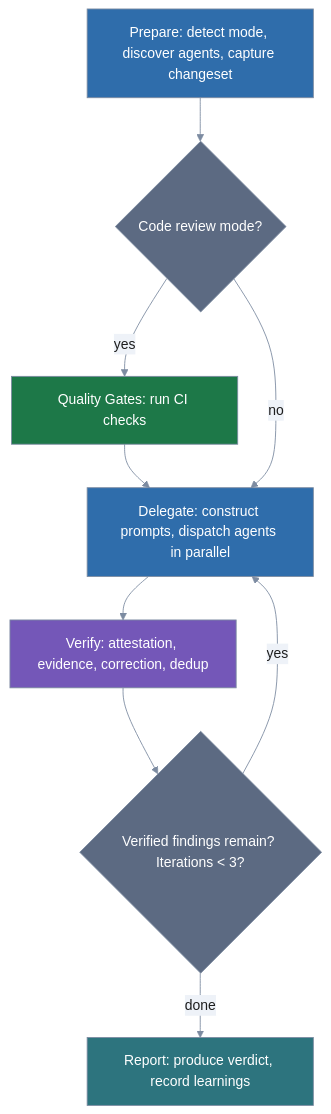
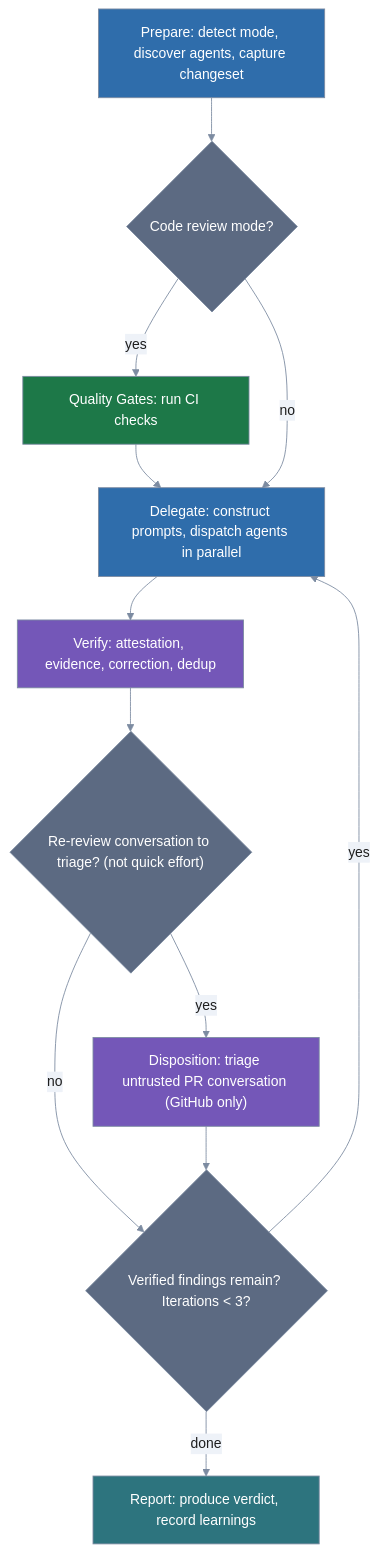
One commit to lolables/lola-mod-review-council changed the diagram in README.md. Above: the diagram before and after it, drawn with Mermaid. The commit also changed other lines of this file and 106 other files, not shown here.

````diff
--- a/README.md
+++ b/README.md
@@ -181,46 +208,51 @@
 ```mermaid
 %%{init: {'theme': 'base', 'themeVariables': {
   'primaryColor': '#2f6dab',
   'primaryTextColor': '#1e1e1e',
   'primaryBorderColor': '#7c8ba1',
   'lineColor': '#7c8ba1',
   'edgeLabelBackground': '#eef2f8',
   'tertiaryColor': 'transparent',
   'tertiaryTextColor': '#7c8ba1',
   'tertiaryBorderColor': '#7c8ba1',
   'clusterBkg': 'transparent',
   'clusterBorder': '#7c8ba1',
   'titleColor': '#7c8ba1',
   'noteBkgColor': '#eef2f8',
   'noteTextColor': '#1e1e1e',
   'fontFamily': 'system-ui, sans-serif'
 }, 'themeCSS': '.node .nodeLabel{color:#ffffff!important;fill:#ffffff!important;}'}}%%
 flowchart TD
   prep["Prepare: detect mode, discover agents, capture changeset"]
   qg{"Code review mode?"}
   qgrun["Quality Gates: run CI checks"]
   del["Delegate: construct prompts, dispatch agents in parallel"]
   ver["Verify: attestation, evidence, correction, dedup"]
+  dispgate{"Re-review conversation to triage? (not quick effort)"}
+  disp["Disposition: triage untrusted PR conversation (GitHub only)"]
   iter{"Verified findings remain? Iterations < 3?"}
   report["Report: produce verdict, record learnings"]
 
   prep --> qg
   qg -->|yes| qgrun
   qgrun --> del
   qg -->|no| del
   del --> ver
-  ver --> iter
+  ver --> dispgate
+  dispgate -->|yes| disp
+  dispgate -->|no| iter
+  disp --> iter
   iter -->|yes| del
   iter -->|done| report
 
   classDef sysA fill:#2f6dab,color:#ffffff,stroke:#7c8ba1
   classDef sysB fill:#1d7848,color:#ffffff,stroke:#7c8ba1
   classDef sysC fill:#7457b8,color:#ffffff,stroke:#7c8ba1
   classDef sysD fill:#2d747e,color:#ffffff,stroke:#7c8ba1
   classDef sysF fill:#5c6a82,color:#ffffff,stroke:#7c8ba1
   class prep,del sysA
   class qgrun sysB
-  class ver sysC
+  class ver,disp sysC
   class report sysD
-  class qg,iter sysF
+  class qg,iter,dispgate sysF
 ```
````
